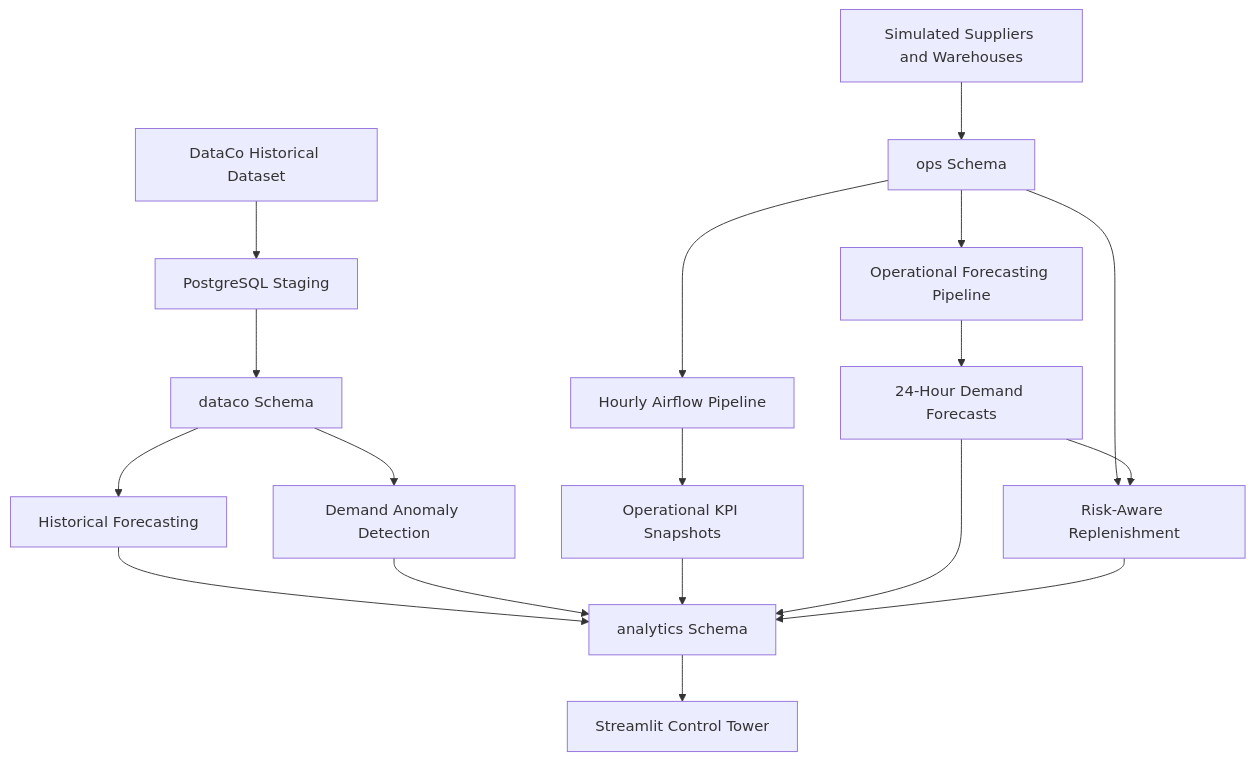
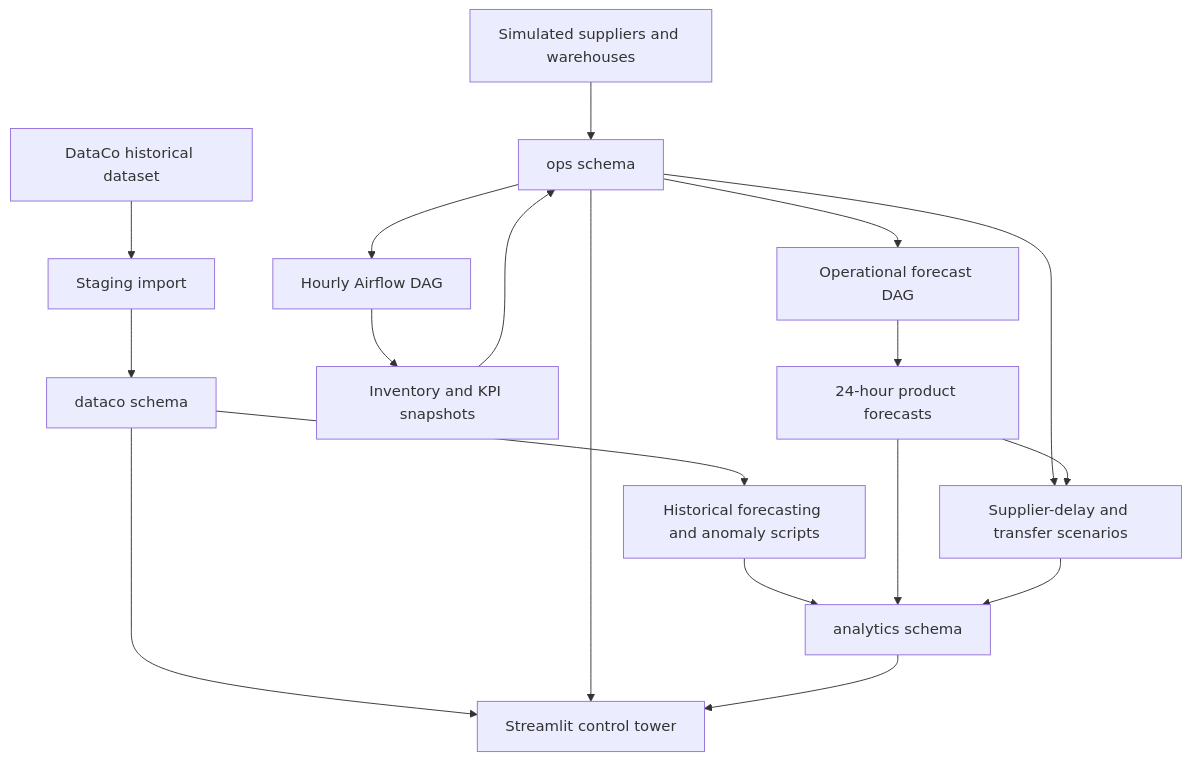
Before and after one commit to anandpdt/supply-chain-control-tower: the diagram in README.md, drawn with Mermaid. The commit also changed other lines of this file and 2 other files, not shown here.

Commit message:
Add reproducible Airflow setup and update documentation

````diff
--- a/README.md
+++ b/README.md
@@ -76,26 +49,22 @@
 ```mermaid
 flowchart TD
-    A["DataCo Historical Dataset"] --> B["PostgreSQL Staging"]
-    B --> C["dataco Schema"]
+    A[DataCo historical dataset] --> B[Staging import]
+    B --> C[dataco schema]
+    C --> D[Historical forecasting and anomaly scripts]
+    D --> E[analytics schema]
 
-    C --> D["Historical Forecasting"]
-    C --> E["Demand Anomaly Detection"]
+    F[Simulated suppliers and warehouses] --> G[ops schema]
+    G --> H[Hourly Airflow DAG]
+    H --> I[Inventory and KPI snapshots]
+    I --> G
+    G --> J[Operational forecast DAG]
+    J --> K[24-hour product forecasts]
+    K --> E
+    G --> L[Supplier-delay and transfer scenarios]
+    K --> L
+    L --> E
 
-    F["Simulated Suppliers and Warehouses"] --> G["ops Schema"]
-    G --> H["Hourly Airflow Pipeline"]
-    H --> I["Operational KPI Snapshots"]
-
-    G --> J["Operational Forecasting Pipeline"]
-    J --> K["24-Hour Demand Forecasts"]
-
-    G --> L["Risk-Aware Replenishment"]
-    K --> L
-
-    D --> M["analytics Schema"]
+    C --> M[Streamlit control tower]
+    G --> M
     E --> M
-    I --> M
-    K --> M
-    L --> M
-
-    M --> N["Streamlit Control Tower"]
 ```
````
